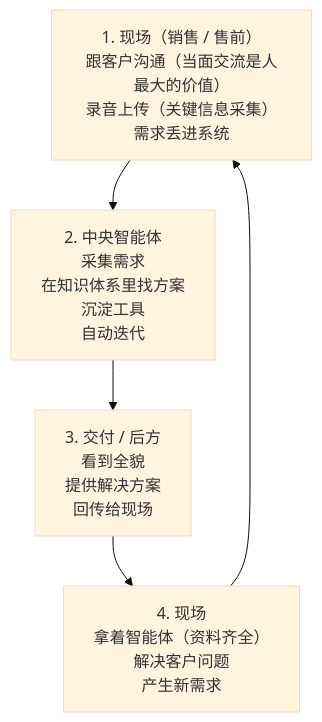
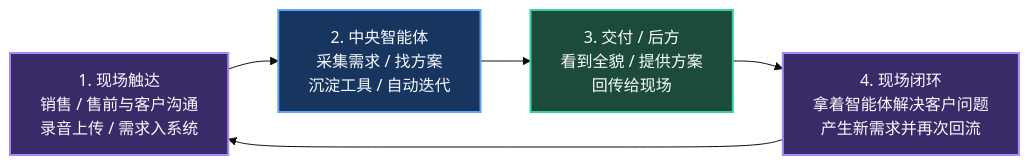
Before and after one commit to dony-hu/jerry-notes: the second of 3 diagrams in posts/future-organization-and-operating-model-2026-03-23.md, drawn with Mermaid (base theme). The commit also changed other lines of this file, not shown here.

Commit message:
style: enhance mermaid hierarchy in future org post

````diff
--- a/posts/future-organization-and-operating-model-2026-03-23.md
+++ b/posts/future-organization-and-operating-model-2026-03-23.md
@@ -81,9 +89,17 @@
 ```mermaid
-flowchart TB
-    A["1. 现场（销售 / 售前）<br/>跟客户沟通（当面交流是人最大的价值）<br/>录音上传（关键信息采集）<br/>需求丢进系统"]
-    B["2. 中央智能体<br/>采集需求<br/>在知识体系里找方案<br/>沉淀工具<br/>自动迭代"]
-    C["3. 交付 / 后方<br/>看到全貌<br/>提供解决方案<br/>回传给现场"]
-    D["4. 现场<br/>拿着智能体（资料齐全）<br/>解决客户问题<br/>产生新需求"]
+flowchart LR
+    A["1. 现场触达<br/>销售 / 售前与客户沟通<br/>录音上传 / 需求入系统"]
+    B["2. 中央智能体<br/>采集需求 / 找方案<br/>沉淀工具 / 自动迭代"]
+    C["3. 交付 / 后方<br/>看到全貌 / 提供方案<br/>回传给现场"]
+    D["4. 现场闭环<br/>拿着智能体解决客户问题<br/>产生新需求并再次回流"]
 
     A --> B --> C --> D --> A
+
+    classDef scene fill:#3b2a68,stroke:#a78bfa,color:#f8fbff,stroke-width:2px;
+    classDef center fill:#17355f,stroke:#60a5fa,color:#f8fbff,stroke-width:2px;
+    classDef support fill:#1d4b3a,stroke:#34d399,color:#f8fbff,stroke-width:2px;
+
+    class A,D scene;
+    class B center;
+    class C support;
 ```
````
